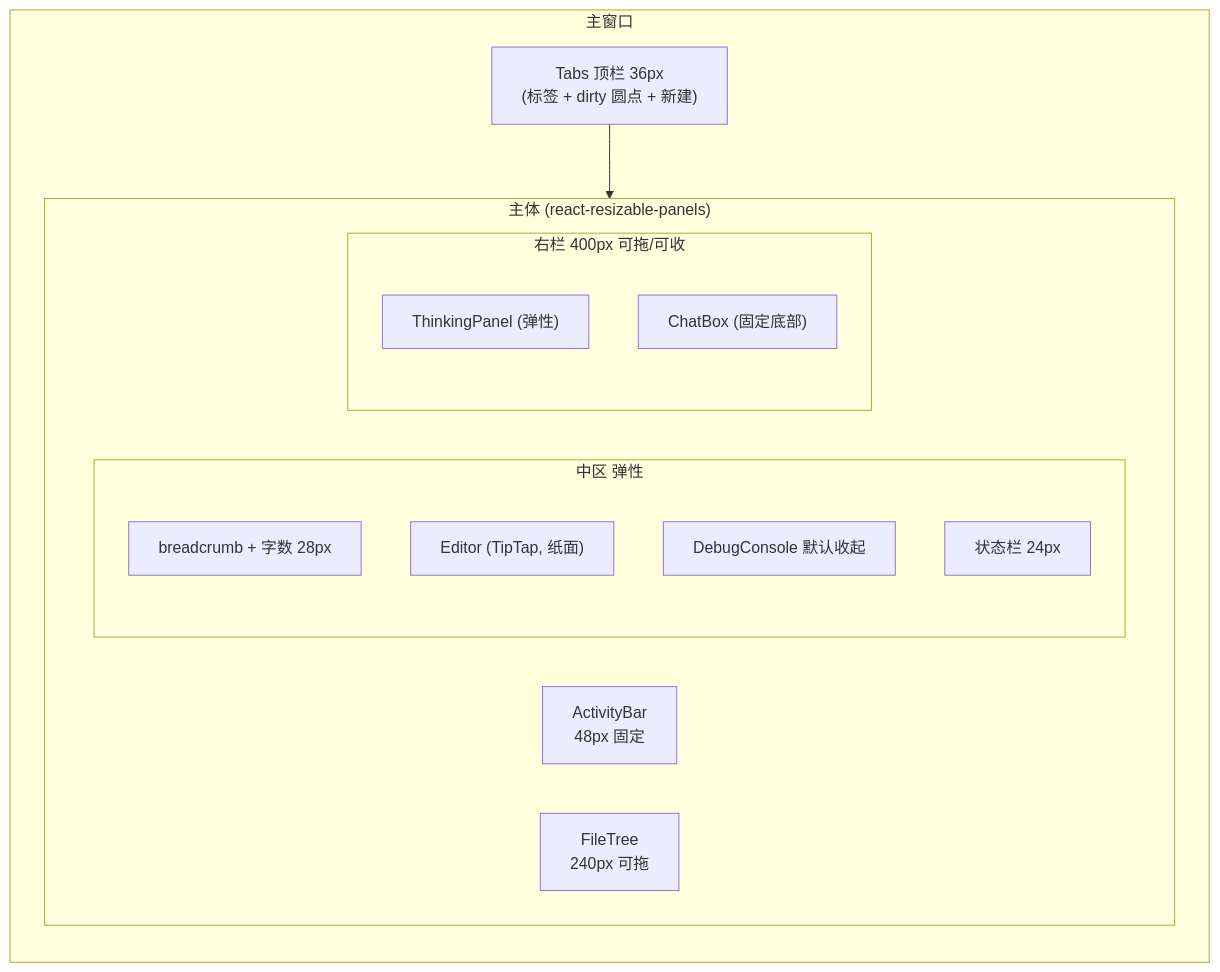
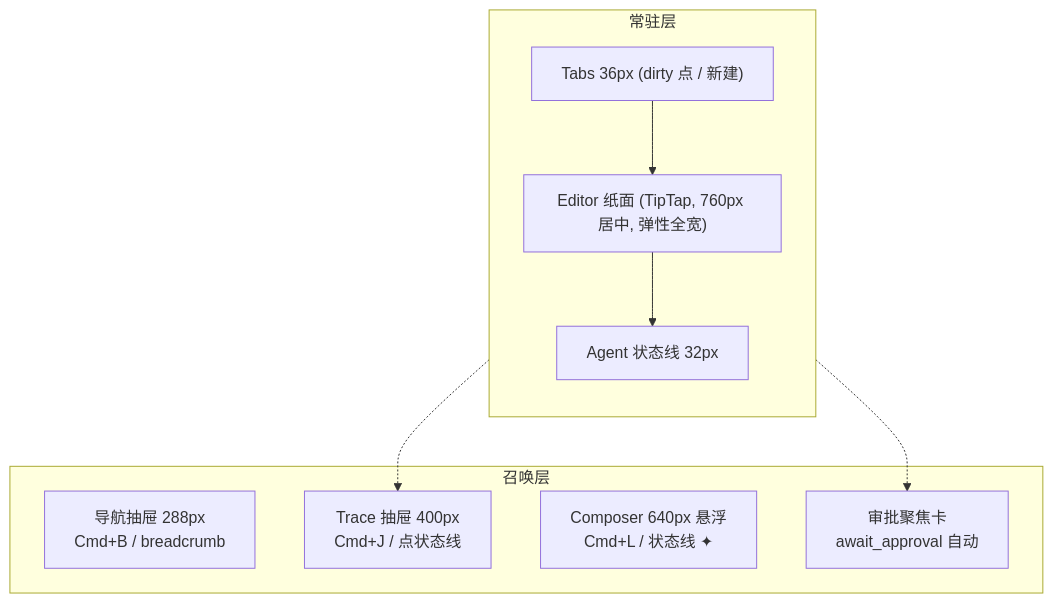
Before and after one commit to jinhuang712/open-novel: the diagram in design/01-main-layout.md, drawn with Mermaid. The commit also changed other lines of this file and 7 other files, not shown here.

````diff
--- a/design/01-main-layout.md
+++ b/design/01-main-layout.md
@@ -7,25 +9,18 @@
 ```mermaid
 flowchart TB
-  subgraph SHELL["主窗口"]
+  subgraph ALWAYS["常驻层"]
     direction TB
-    TABS["Tabs 顶栏 36px<br/>(标签 + dirty 圆点 + 新建)"]
-    subgraph BODY["主体 (react-resizable-panels)"]
-      direction LR
-      AB["ActivityBar<br/>48px 固定"]
-      FT["FileTree<br/>240px 可拖"]
-      subgraph MID["中区 弹性"]
-        direction TB
-        BC["breadcrumb + 字数 28px"]
-        ED["Editor (TipTap, 纸面)"]
-        DC["DebugConsole 默认收起"]
-        SB["状态栏 24px"]
-      end
-      subgraph RP["右栏 400px 可拖/可收"]
-        direction TB
-        TP["ThinkingPanel (弹性)"]
-        CB["ChatBox (固定底部)"]
-      end
-    end
-    TABS --> BODY
+    TABS["Tabs 36px (dirty 点 / 新建)"]
+    ED["Editor 纸面 (TipTap, 760px 居中, 弹性全宽)"]
+    SL["Agent 状态线 32px"]
+    TABS --> ED --> SL
   end
+  subgraph SUMMON["召唤层"]
+    NAV["导航抽屉 288px<br/>Cmd+B / breadcrumb"]
+    TRC["Trace 抽屉 400px<br/>Cmd+J / 点状态线"]
+    CMP["Composer 640px 悬浮<br/>Cmd+L / 状态线 ✦"]
+    APP["审批聚焦卡<br/>await_approval 自动"]
+  end
+  SL -.-> TRC
+  SL -.-> APP
 ```
````
